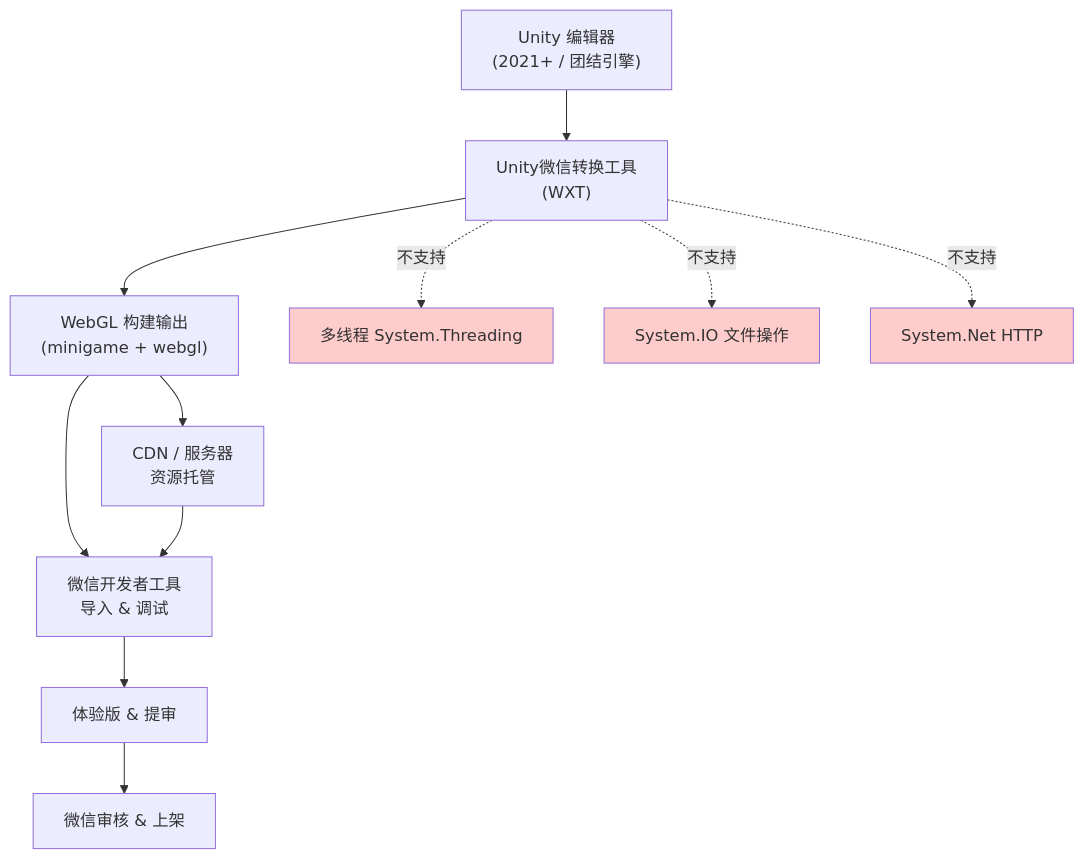
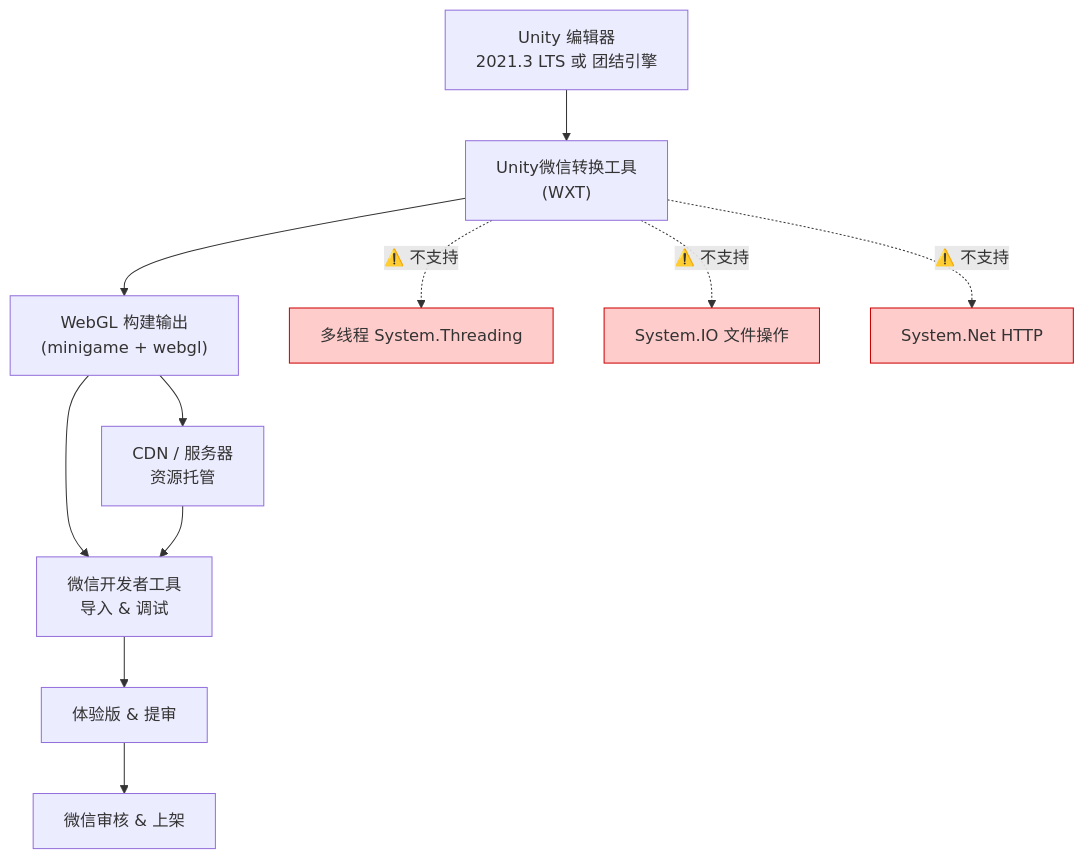
One commit to xuqi2024/xuqi2024.github.io changed the first of 5 diagrams in source/_posts/2026-05-26-unity-wechat-game-dev.md. Above: the diagram before and after it, drawn with Mermaid. The commit also changed other lines of this file, not shown here.

````diff
--- a/source/_posts/2026-05-26-unity-wechat-game-dev.md
+++ b/source/_posts/2026-05-26-unity-wechat-game-dev.md
@@ -22,18 +39,26 @@
 ```mermaid
 flowchart TD
-    A["Unity 编辑器\n(2021+ / 团结引擎)"] --> B["Unity微信转换工具\n(WXT)"]
-    B --> C["WebGL 构建输出\n(minigame + webgl)"]
-    C --> D["微信开发者工具\n导入 & 调试"]
-    C --> E["CDN / 服务器\n资源托管"]
-    D --> F["体验版 & 提审"]
-    F --> G["微信审核 & 上架"]
+    A["Unity 编辑器\n2021.3 LTS 或 团结引擎"] 
+    B["Unity微信转换工具\n(WXT)"]
+    C["WebGL 构建输出\n(minigame + webgl)"]
+    D["微信开发者工具\n导入 & 调试"]
+    E["CDN / 服务器\n资源托管"]
+    F["体验版 & 提审"]
+    G["微信审核 & 上架"]
+    
+    A --> B
+    B --> C
+    C --> D
+    C --> E
     E --> D
+    D --> F
+    F --> G
     
-    B -.->|不支持| H["多线程 System.Threading"]
-    B -.->|不支持| I["System.IO 文件操作"]
-    B -.->|不支持| J["System.Net HTTP"]
+    B -.->|⚠️ 不支持| H["多线程 System.Threading"]
+    B -.->|⚠️ 不支持| I["System.IO 文件操作"]
+    B -.->|⚠️ 不支持| J["System.Net HTTP"]
     
-    style H fill:#ffcccc
-    style I fill:#ffcccc
-    style J fill:#ffcccc
+    style H fill:#ffcccc,stroke:#c00
+    style I fill:#ffcccc,stroke:#c00
+    style J fill:#ffcccc,stroke:#c00
 ```
````
